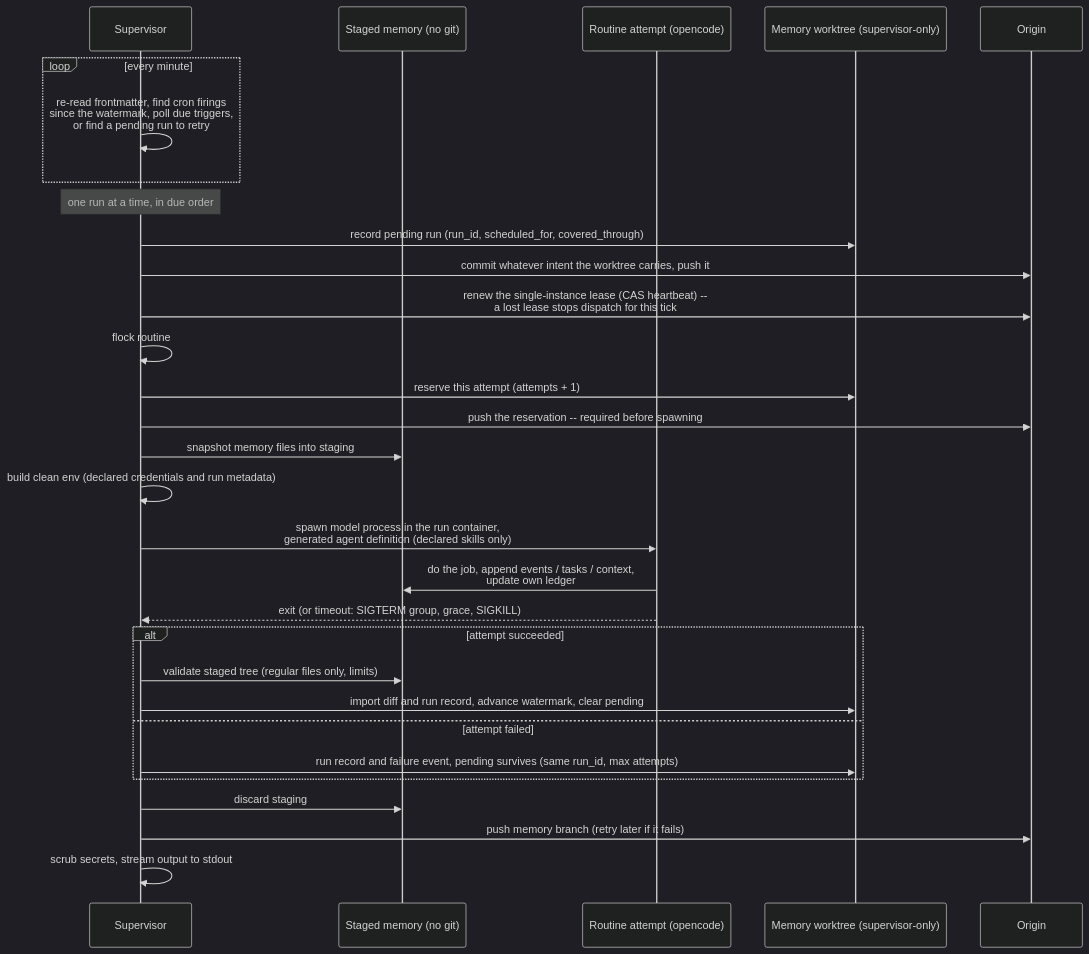
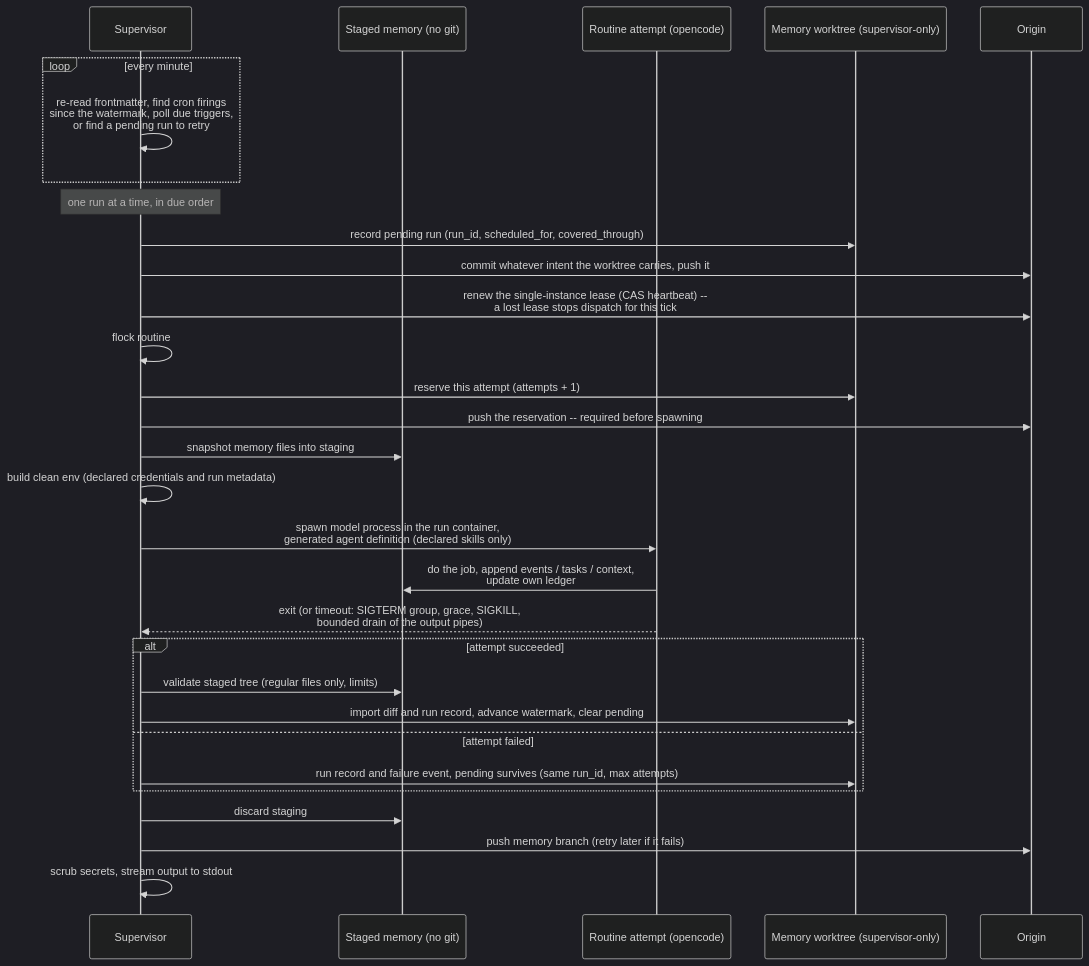
Before and after one commit to steadyspacecorp/openroutines: the diagram in docs/design.md, drawn with Mermaid (dark theme). The commit also changed other lines of this file, not shown here.

Commit message:
Design: every wait the supervisor makes is bounded

````diff
--- a/docs/design.md
+++ b/docs/design.md
@@ -261,33 +267,33 @@
 ```mermaid
 sequenceDiagram
     participant S as Supervisor
     participant St as Staged memory (no git)
     participant R as Routine attempt (opencode)
     participant W as Memory worktree (supervisor-only)
     participant O as Origin
 
     loop every minute
         S->>S: re-read frontmatter, find cron firings<br/>since the watermark, poll due triggers,<br/>or find a pending run to retry
     end
     Note over S: one run at a time, in due order
     S->>W: record pending run (run_id, scheduled_for, covered_through)
     S->>O: commit whatever intent the worktree carries, push it
     S->>O: renew the single-instance lease (CAS heartbeat) --<br/>a lost lease stops dispatch for this tick
     S->>S: flock routine
     S->>W: reserve this attempt (attempts + 1)
     S->>O: push the reservation -- required before spawning
     S->>St: snapshot memory files into staging
     S->>S: build clean env (declared credentials and run metadata)
     S->>R: spawn model process in the run container,<br/>generated agent definition (declared skills only)
     R->>St: do the job, append events / tasks / context,<br/>update own ledger
-    R-->>S: exit (or timeout: SIGTERM group, grace, SIGKILL)
+    R-->>S: exit (or timeout: SIGTERM group, grace, SIGKILL,<br/>bounded drain of the output pipes)
     alt attempt succeeded
         S->>St: validate staged tree (regular files only, limits)
         S->>W: import diff and run record, advance watermark, clear pending
     else attempt failed
         S->>W: run record and failure event, pending survives (same run_id, max attempts)
     end
     S->>St: discard staging
     S->>O: push memory branch (retry later if it fails)
     S->>S: scrub secrets, stream output to stdout
 ```
````
